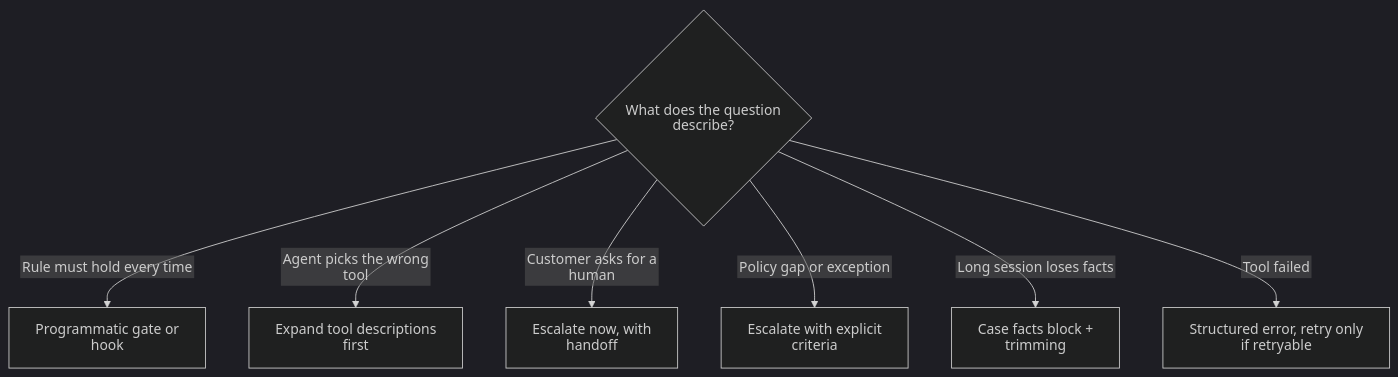
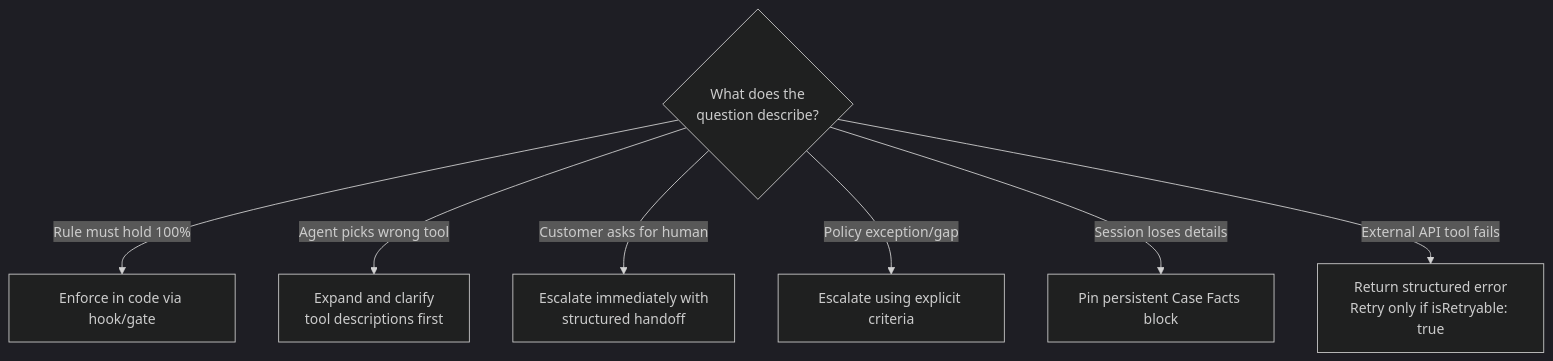
One commit to dip4k/claude_cert_architect_foundation_prep changed the second of 2 diagrams in scenarios/scenario_1_customer_support/SCENARIO_GUIDE.md. Above: the diagram before and after it, drawn with Mermaid (dark theme). The commit also changed other lines of this file and 99 other files, not shown here.

````diff
--- a/scenarios/scenario_1_customer_support/SCENARIO_GUIDE.md
+++ b/scenarios/scenario_1_customer_support/SCENARIO_GUIDE.md
@@ -48,13 +52,9 @@
 ```mermaid
----
-config:
-  htmlLabels: false
----
 flowchart TD
-    Q{"What does the question describe?"} -->|"Rule must hold every time"| Code["Programmatic gate or hook"]
-    Q -->|"Agent picks the wrong tool"| Desc["Expand tool descriptions first"]
-    Q -->|"Customer asks for a human"| Esc["Escalate now, with handoff"]
-    Q -->|"Policy gap or exception"| Esc2["Escalate with explicit criteria"]
-    Q -->|"Long session loses facts"| Facts["Case facts block + trimming"]
-    Q -->|"Tool failed"| Struct["Structured error, retry only if retryable"]
+    Q{"What does the<br>question describe?"} -->|"Rule must hold 100%"| Code["Enforce in code via hook/gate"]
+    Q -->|"Agent picks wrong tool"| Desc["Expand and clarify<br>tool descriptions first"]
+    Q -->|"Customer asks for human"| EscNow["Escalate immediately with<br>structured handoff"]
+    Q -->|"Policy exception/gap"| EscPol["Escalate using explicit criteria"]
+    Q -->|"Session loses details"| Facts["Pin persistent Case Facts block"]
+    Q -->|"External API tool fails"| ErrRet["Return structured error<br>Retry only if isRetryable: true"]
 ```
````
